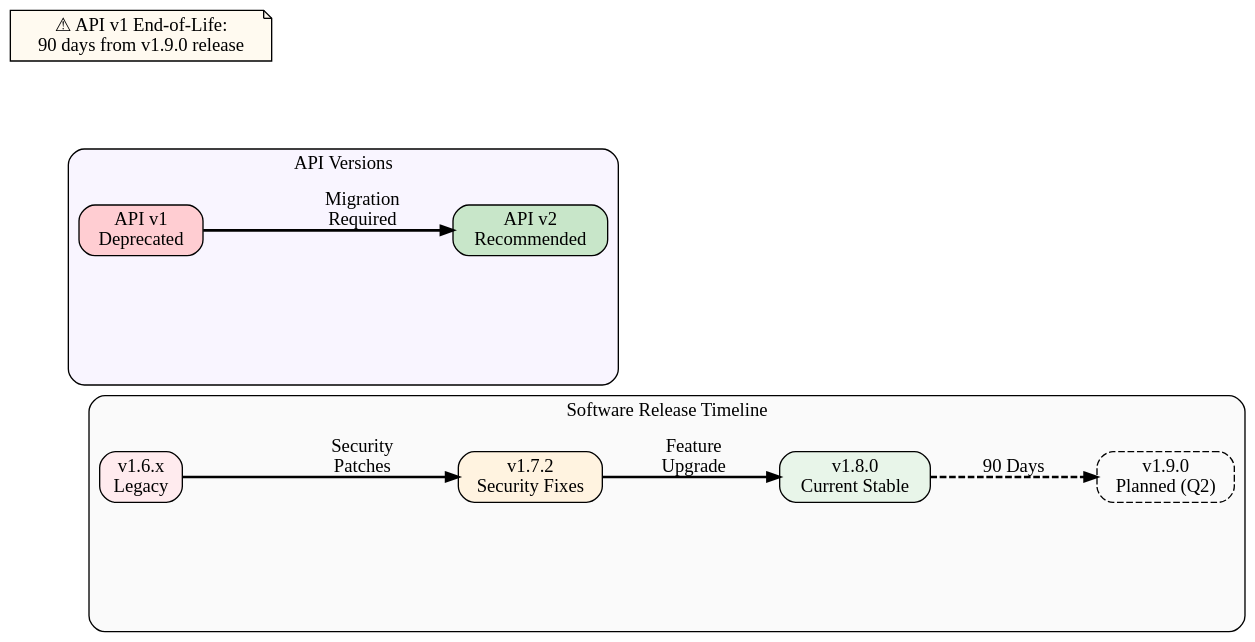
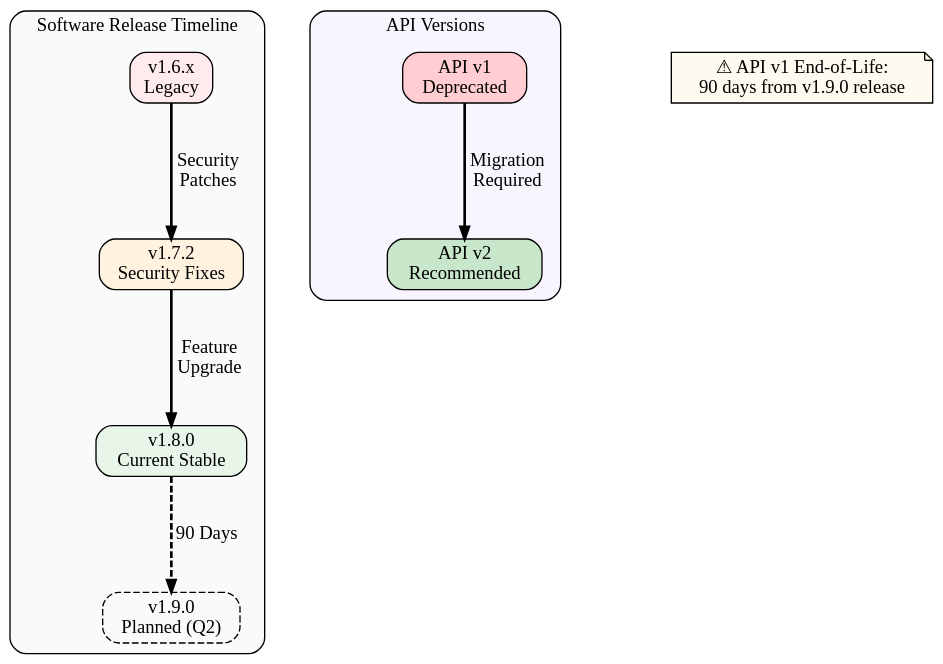
Before and after one commit to KorayErkan/tw-portfolio: the diagram in software-guides/img/version-upgrade-path.dot, drawn with Graphviz. The commit also changed 5 other files, not shown here.

First line of the commit message:
Update SVG diagrams for version upgrade path and visual overview

```diff
--- a/software-guides/img/version-upgrade-path.dot
+++ b/software-guides/img/version-upgrade-path.dot
@@ -1,43 +1,43 @@
 digraph G {
-  graph [rankdir=LR, splines=false, bgcolor="transparent", nodesep=1.5, ranksep=1.0];
+  graph [rankdir=TD, splines=false, bgcolor="transparent", nodesep=1.5, ranksep=1.0];
   node [shape=box, style="rounded,filled", fontname="Calibri", fontsize=14];
   edge [arrowsize=0.9, penwidth=2, fontname="Calibri", fontsize=14];
 
   // Timeline - Software Versions
   subgraph cluster_timeline {
     label="Software Release Timeline";
     style="rounded,filled";
     fillcolor="#fafafa";
     fontname="Calibri";
     fontsize=14;
 
     v16 [label="v1.6.x\nLegacy", fillcolor="#ffebee"];
     v17 [label="v1.7.2\nSecurity Fixes", fillcolor="#fff3e0"];
     v18 [label="v1.8.0\nCurrent Stable", fillcolor="#e8f5e9"];
     v19 [label="v1.9.0\nPlanned (Q2)", fillcolor="#e3f2fd", style="rounded,dashed"];
   }
 
   // API Evolution
   subgraph cluster_api {
     label="API Versions";
     style="rounded,filled";
     fillcolor="#f9f5ff";
     fontname="Calibri";
     fontsize=14;
 
     api_v1 [label="API v1\nDeprecated", fillcolor="#ffcdd2"];
     api_v2 [label="API v2\nRecommended", fillcolor="#c8e6c9"];
   }
 
   // Upgrade path
   v16 -> v17 [label="Security\nPatches"];
   v17 -> v18 [label="Feature\nUpgrade"];
   v18 -> v19 [label="90 Days", style=dashed];
 
   // API migration
   api_v1 -> api_v2 [label="Migration\nRequired"];
 
   // Support timeline
   migration_note [label="⚠ API v1 End-of-Life:\n90 days from v1.9.0 release",
                   fillcolor="#fffaf0", shape=note];
 }
```
